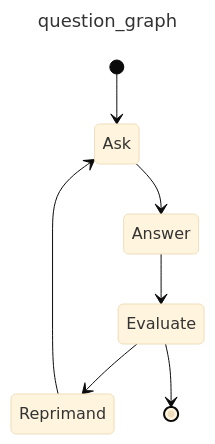
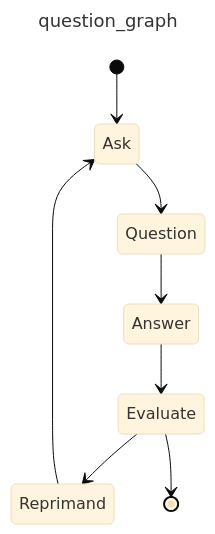
Before and after one commit to pydantic/pydantic-ai: the fourth of 6 diagrams in docs/graph.md, drawn with Mermaid (base theme). The commit also changed other lines of this file and 7 other files, not shown here.

````diff
--- a/docs/graph.md
+++ b/docs/graph.md
@@ -631,12 +639,13 @@
 ```mermaid
 ---
 title: question_graph
 ---
 stateDiagram-v2
   [*] --> Ask
-  Ask --> Answer
+  Ask --> Question
+  Question --> Answer
   Answer --> Evaluate
   Evaluate --> Reprimand
   Evaluate --> [*]
   Reprimand --> Ask
 ```
````
